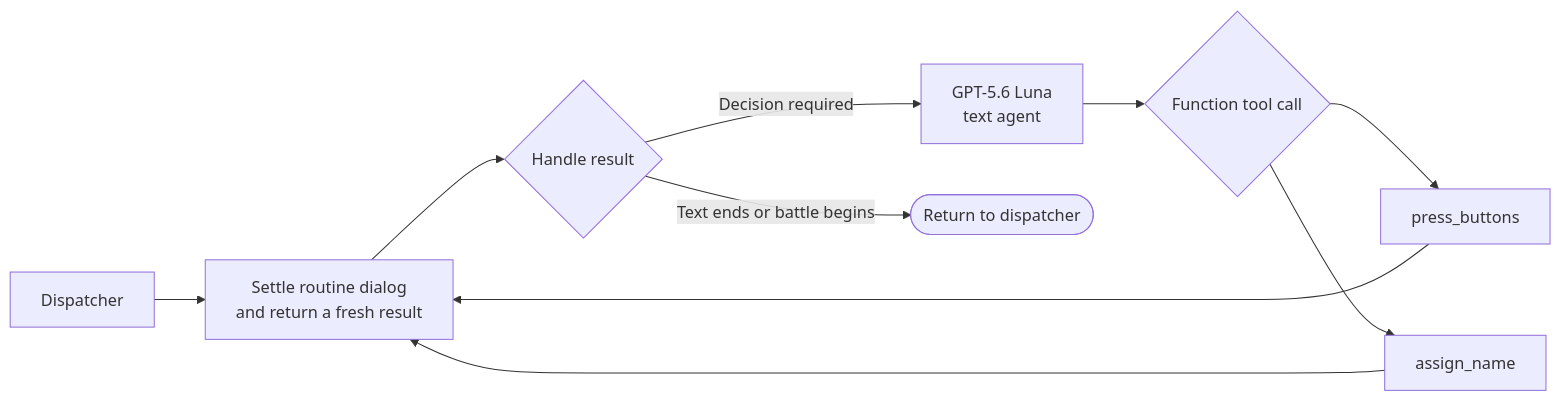
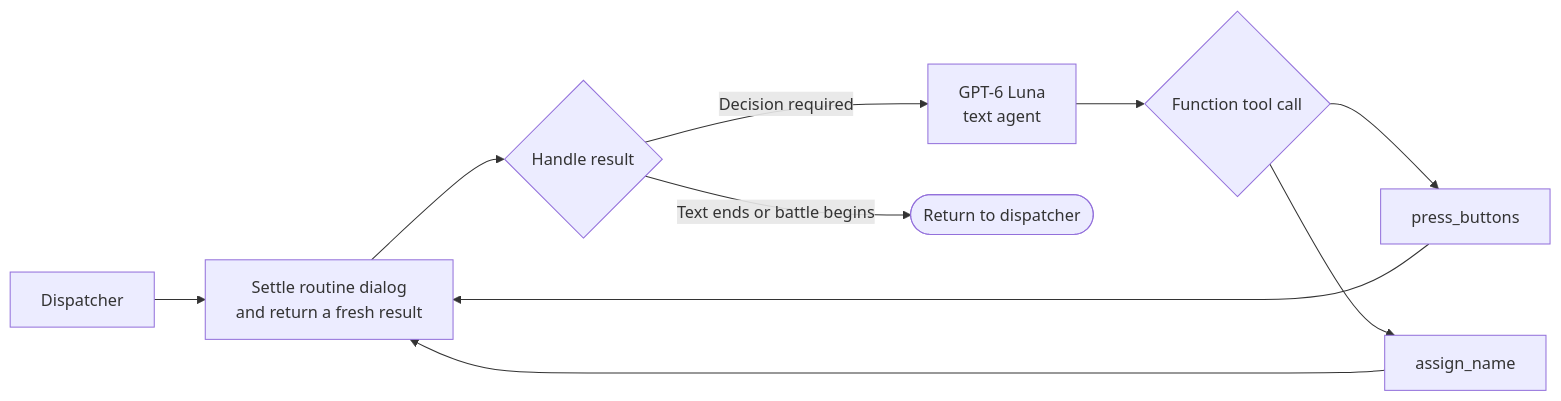
The fourth of 4 diagrams in docs/architecture.md (clambro/ai-plays-pokemon), drawn with Mermaid before and after one commit. The commit also changed other lines of this file and 5 other files, not shown here.

First line of the commit message:
Switch agent to GPT-6 Luna (#122)

````diff
--- a/docs/architecture.md
+++ b/docs/architecture.md
@@ -178,13 +178,13 @@
 ```mermaid
 flowchart LR
     dispatch["Dispatcher"] --> settle["Settle routine dialog<br/>and return a fresh result"]
     settle --> handle{"Handle result"}
-    handle -->|"Decision required"| agent["GPT-5.6 Luna<br/>text agent"]
+    handle -->|"Decision required"| agent["GPT-6 Luna<br/>text agent"]
     handle -->|"Text ends or battle begins"| finish(["Return to dispatcher"])
 
     agent --> choice{"Function tool call"}
     choice --> buttons["press_buttons"]
     choice --> name["assign_name"]
     buttons --> settle
     name --> settle
 ```
````
